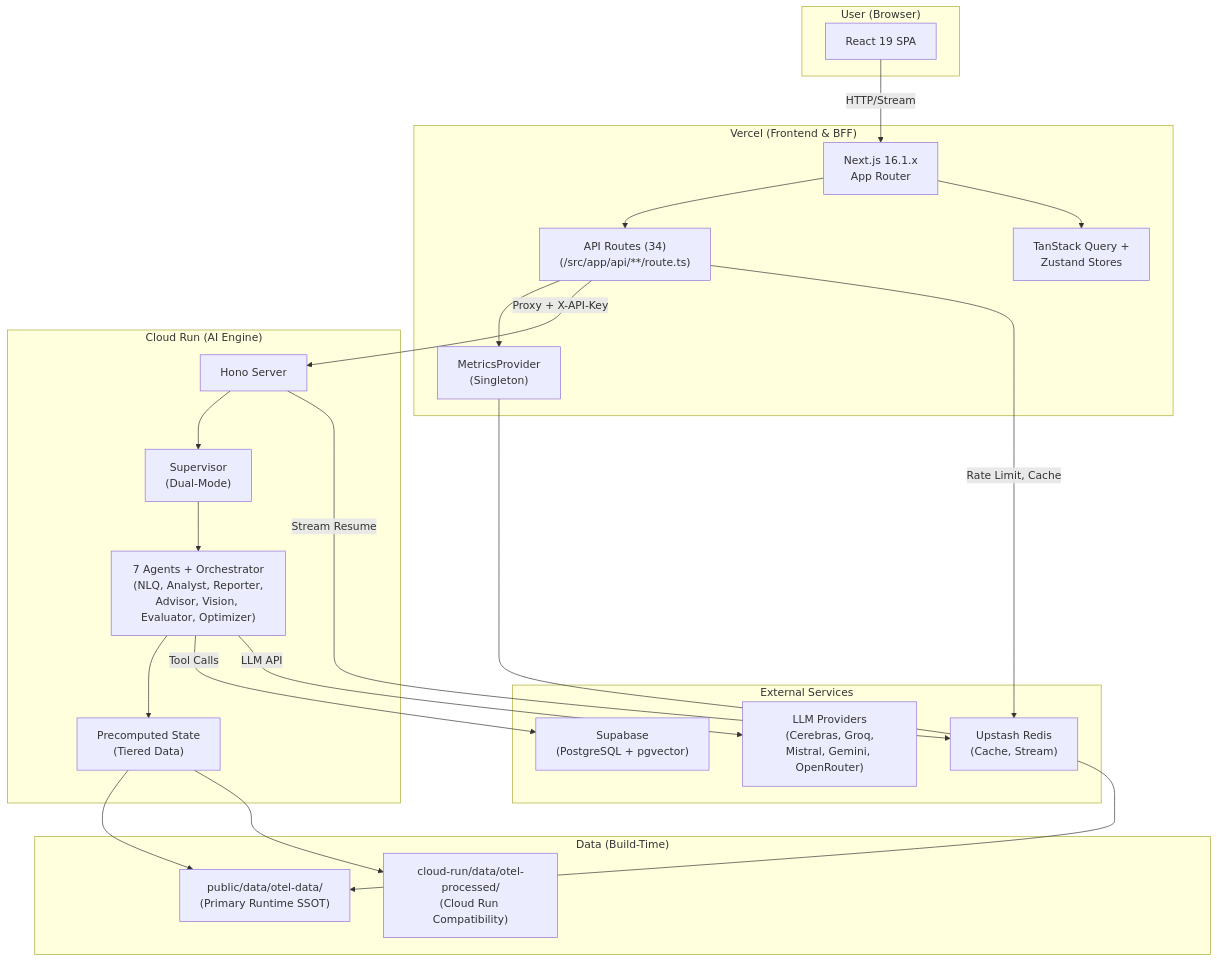
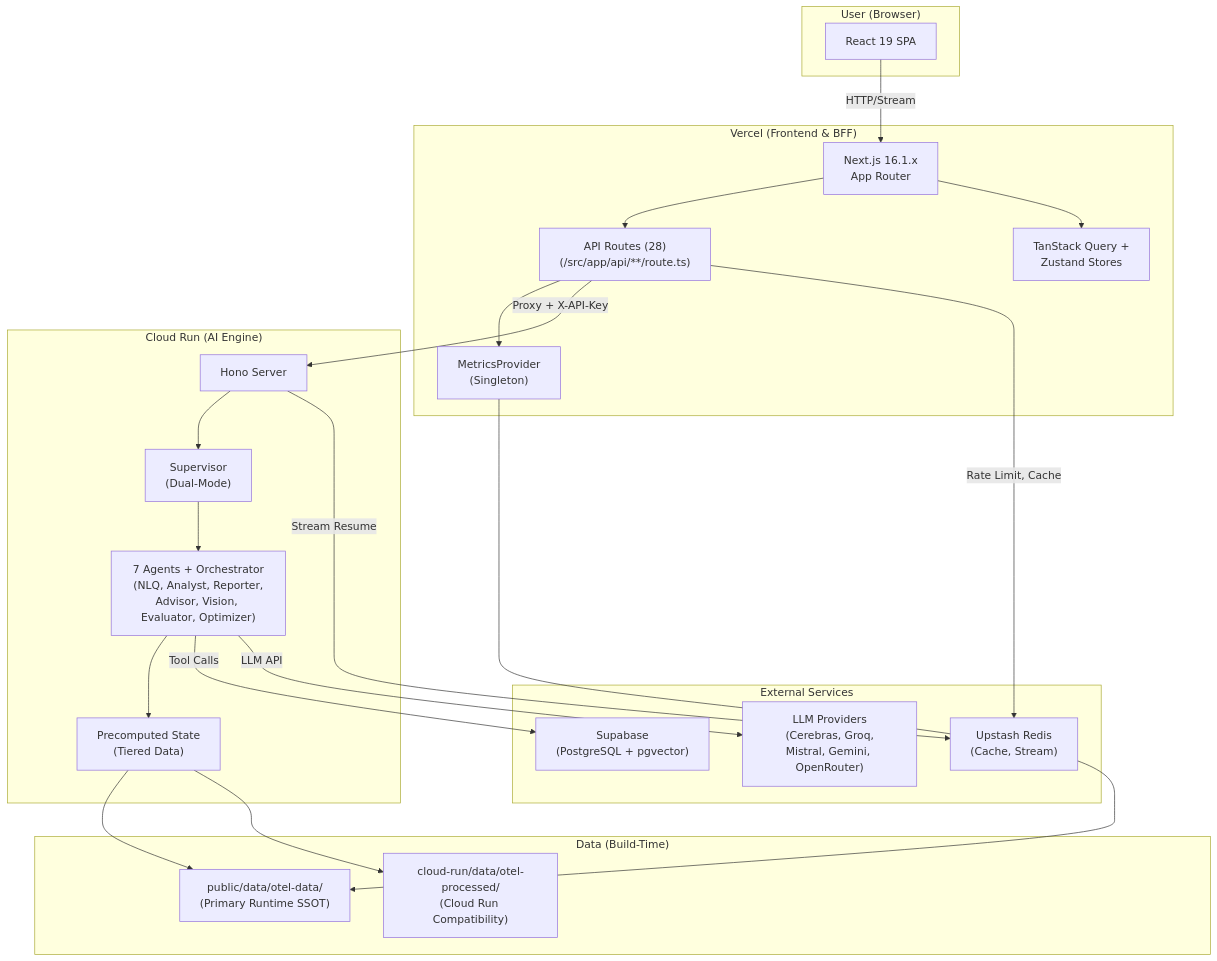
Before and after one commit to skyasu2/openmanager-ai: the diagram in docs/reference/architecture/system/system-architecture-current.md, drawn with Mermaid. The commit also changed other lines of this file and 6 other files, not shown here.

First line of the commit message:
docs: sync architecture diagrams with current codebase (7 agents, 28 routes)

````diff
--- a/docs/reference/architecture/system/system-architecture-current.md
+++ b/docs/reference/architecture/system/system-architecture-current.md
@@ -34,47 +34,47 @@
 ```mermaid
 graph TB
     subgraph User["User (Browser)"]
         UI[React 19 SPA]
     end
 
     subgraph Vercel["Vercel (Frontend & BFF)"]
         NextJS["Next.js 16.1.x<br/>App Router"]
-        API["API Routes (34)<br/>(/src/app/api/**/route.ts)"]
+        API["API Routes (28)<br/>(/src/app/api/**/route.ts)"]
         MP["MetricsProvider<br/>(Singleton)"]
         Providers["TanStack Query +<br/>Zustand Stores"]
     end
 
     subgraph CloudRun["Cloud Run (AI Engine)"]
         Hono["Hono Server"]
         Supervisor["Supervisor<br/>(Dual-Mode)"]
         Agents["7 Agents + Orchestrator<br/>(NLQ, Analyst, Reporter,<br/>Advisor, Vision, Evaluator, Optimizer)"]
         PreComp["Precomputed State<br/>(Tiered Data)"]
     end
 
     subgraph External["External Services"]
         Supabase["Supabase<br/>(PostgreSQL + pgvector)"]
         Redis["Upstash Redis<br/>(Cache, Stream)"]
         LLM["LLM Providers<br/>(Cerebras, Groq,<br/>Mistral, Gemini, OpenRouter)"]
     end
 
     subgraph Data["Data (Build-Time)"]
         OTel["public/data/otel-data/<br/>(Primary Runtime SSOT)"]
         Compat["cloud-run/data/otel-processed/<br/>(Cloud Run Compatibility)"]
     end
 
     UI -->|HTTP/Stream| NextJS
     NextJS --> API
     API --> MP
     MP --> OTel
     API -->|Proxy + X-API-Key| Hono
     Hono --> Supervisor
     Supervisor --> Agents
     Agents --> PreComp
     PreComp --> OTel
     PreComp --> Compat
     Agents -->|Tool Calls| Supabase
     Agents -->|LLM API| LLM
     API -->|Rate Limit, Cache| Redis
     Hono -->|Stream Resume| Redis
     NextJS --> Providers
 ```
````
